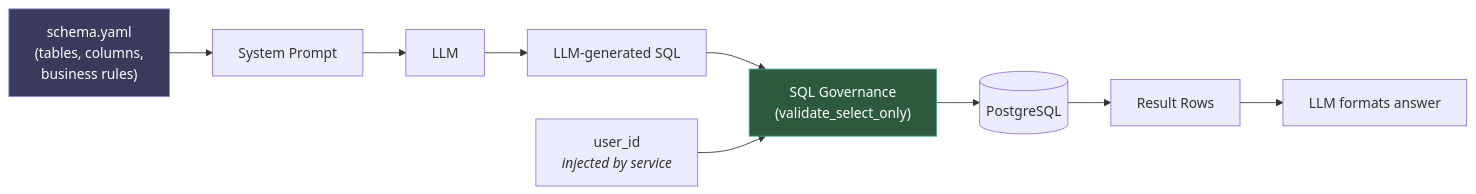
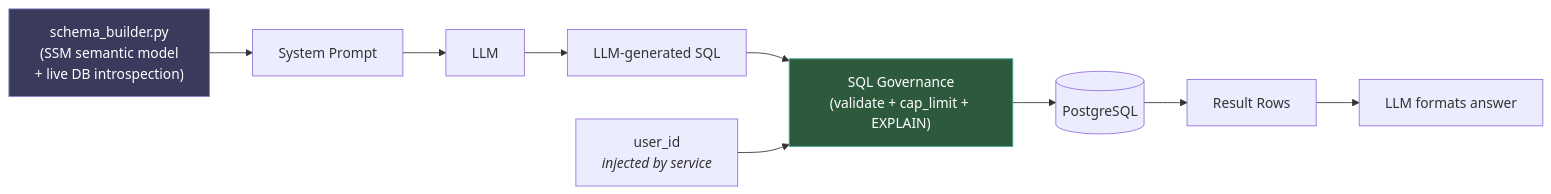
Before and after one commit to maxibove13/finance-query-agent: the fifth of 7 diagrams in README.md, drawn with Mermaid. The commit also changed other lines of this file and 32 other files, not shown here.

First line of the commit message:
feat: dynamic schema from SSM + connection pooling + conversation versioning [MPI-209]

````diff
--- a/README.md
+++ b/README.md
@@ -147,16 +147,16 @@
 ```mermaid
 graph LR
-    SY["schema.yaml<br/>(tables, columns,<br/>business rules)"] --> SP[System Prompt]
+    SY["schema_builder.py<br/>(SSM semantic model<br/>+ live DB introspection)"] --> SP[System Prompt]
     SP --> LLM[LLM]
     LLM --> SQL["LLM-generated SQL"]
 
-    SQL --> GOV["SQL Governance<br/>(validate_select_only)"]
+    SQL --> GOV["SQL Governance<br/>(validate + cap_limit + EXPLAIN)"]
     UID["user_id<br/><i>injected by service</i>"] --> GOV
 
     GOV --> PG[(PostgreSQL)]
     PG --> ROWS[Result Rows]
     ROWS --> LLM2[LLM formats answer]
 
     style SY fill:#3a3a5c,stroke:#88c,color:#fff
     style GOV fill:#2d5a3d,stroke:#4a9,color:#fff
 ```
````
